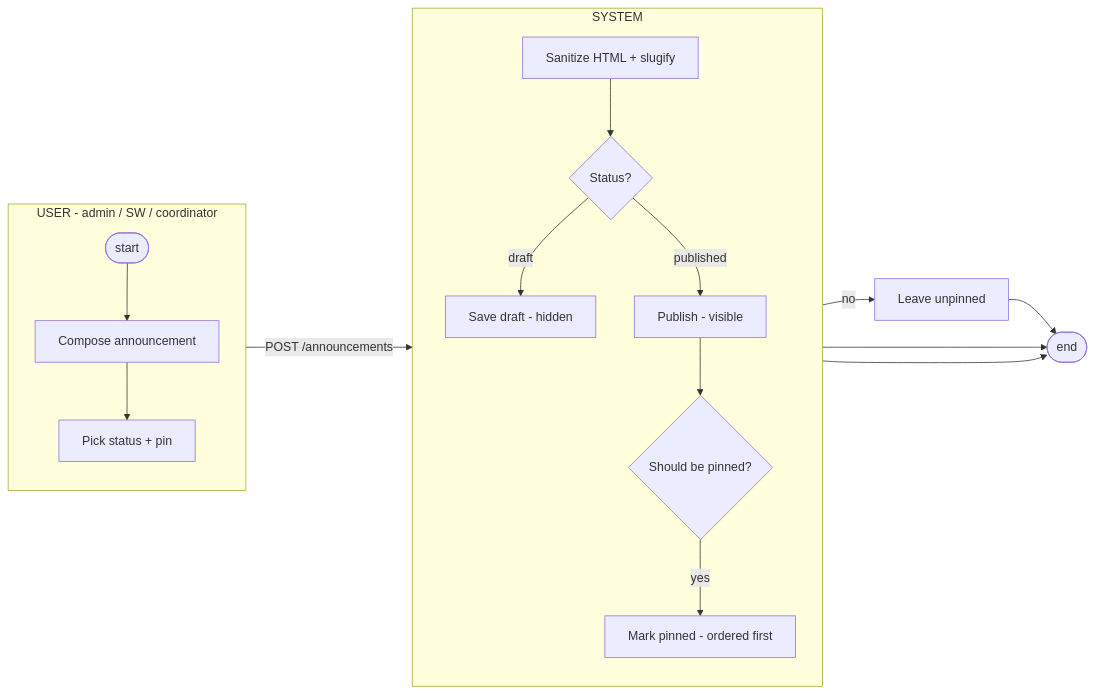
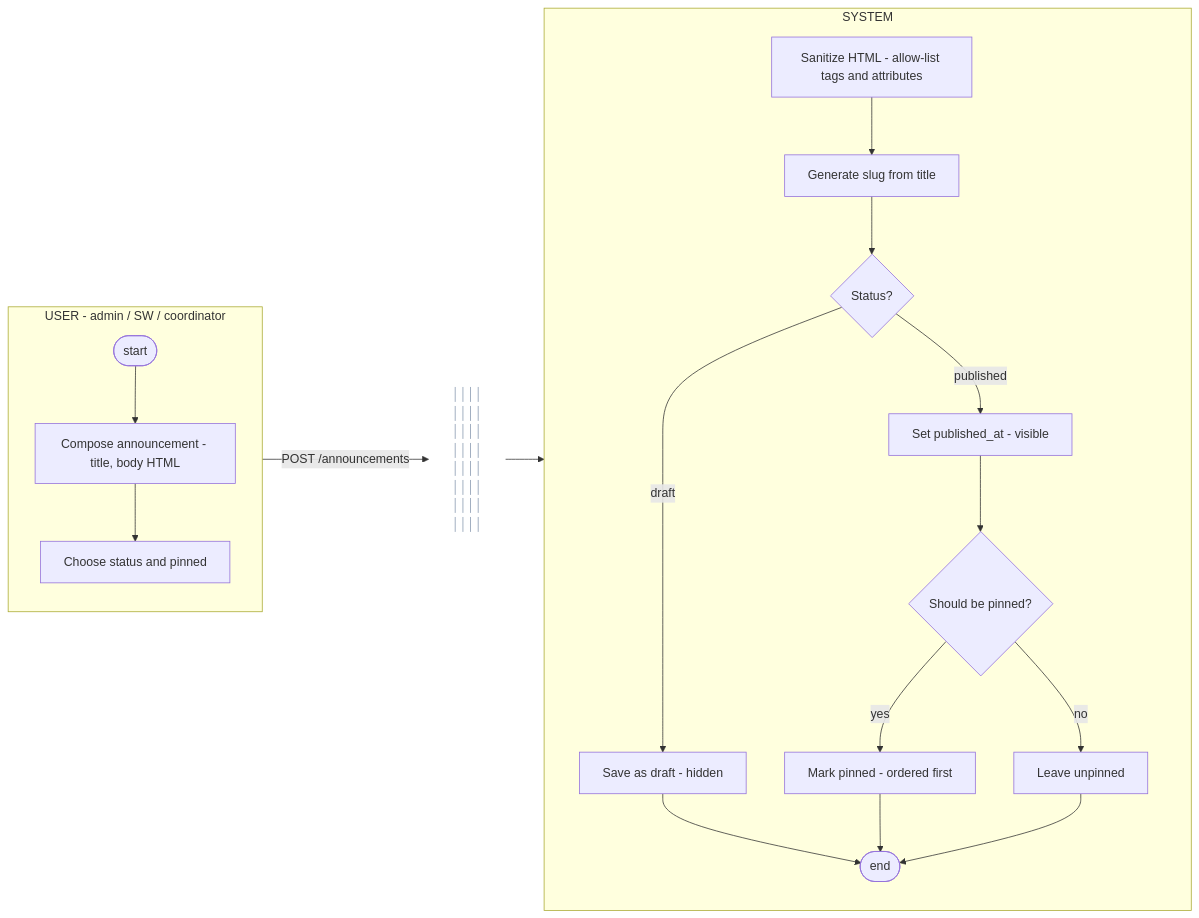
Before and after one commit to urlsalimbot/THESIS1-KAPWA: the tenth of 12 diagrams in docs/diagrams/04-1-activity-diagram.md, drawn with Mermaid. The commit also changed other lines of this file, not shown here.

Commit message:
docs: add vertical divider line between user and system lanes in activity diagrams

````diff
--- a/docs/diagrams/04-1-activity-diagram.md
+++ b/docs/diagrams/04-1-activity-diagram.md
@@ -333,27 +308,25 @@
 ```mermaid
 flowchart LR
     subgraph U["USER - admin / SW / coordinator"]
         direction TB
-        A([start]) --> B[Compose announcement]
-        B --> C[Pick status + pin]
+        A([start]) --> B[Compose announcement - title, body HTML]
+        B --> C[Choose status and pinned]
     end
     subgraph S["SYSTEM"]
         direction TB
-        D[Sanitize HTML + slugify]
-        E{Status?}
-        F[Save draft - hidden]
-        G[Publish - visible]
-        H{Should be pinned?}
-        I[Mark pinned - ordered first]
+        D[Sanitize HTML - allow-list tags and attributes]
+        D --> E[Generate slug from title]
+        E --> F{Status?}
+        F -- draft --> G[Save as draft - hidden]
+        F -- published --> H[Set published_at - visible]
+        H --> I{Should be pinned?}
+        I -- yes --> J[Mark pinned - ordered first]
+        I -- no --> L[Leave unpinned]
+        J --> M([end])
+        G --> M
+        L --> M
     end
-    B -->|"POST /announcements"| D
-    D --> E
-    E -- draft --> F
-    E -- published --> G
-    G --> H
-    H -- yes --> I
-    H -- no --> J[Leave unpinned]
-    F --> M([end])
-    I --> M
-    J --> M
+    DIV["││││<br/>││││<br/>││││<br/>││││<br/>││││<br/>││││<br/>││││<br/>││││"]
+    C -->|"POST /announcements"| DIV --> D
+    style DIV fill:none,stroke:none,color:#94a3b8,font-size:16px,font-weight:bold
 ```
````
